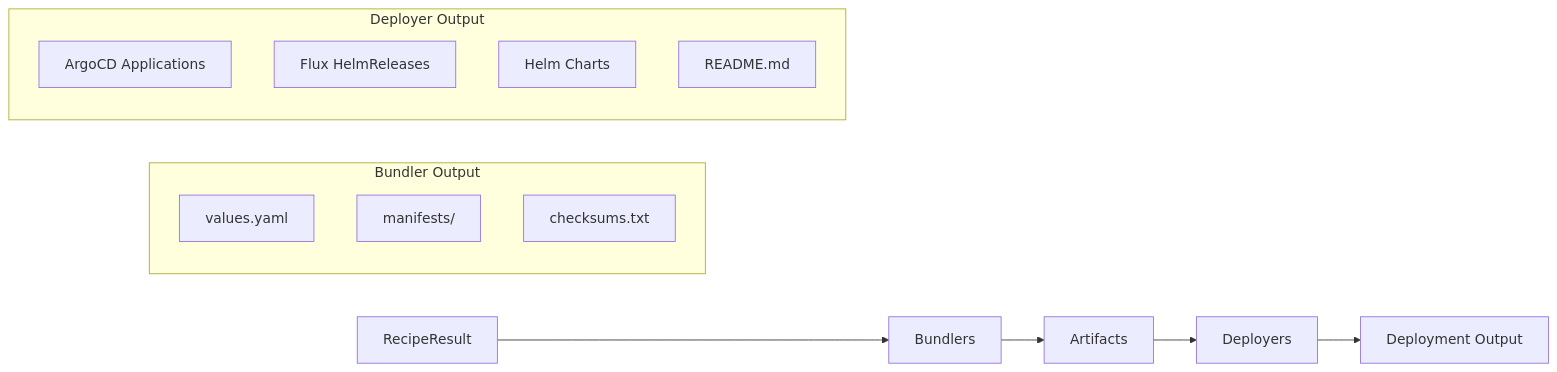
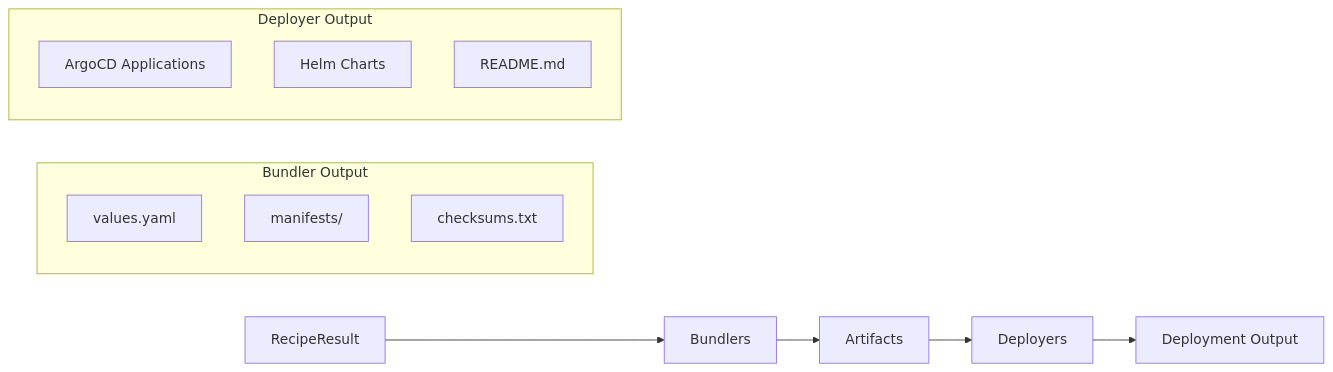
The diagram in docs/architecture/component.md (yuanchen8911/cloud-native-stack), drawn with Mermaid before and after one commit. The commit also changed other lines of this file and 2 other files, not shown here.

Commit message:
docs: Remove references to deprecated deployers
Remove all references to the deprecated "script" and "flux"
deployers from documentation. The cnsctl CLI now only supports:
- helm (default) - Generates Helm charts with values
- argocd - Generates ArgoCD Application manifests

Changes made:
- Updated CLI reference deployment methods table
- Removed flux deployer from architecture diagrams
- Updated data flow documentation
- Changed "script" references to "helm" throughout

These changes align documentation with the actual CLI
implementation which only supports helm and argocd deployers.

🤖 Generated with [Claude Code](https://claude.ai/code)

````diff
--- a/docs/architecture/component.md
+++ b/docs/architecture/component.md
@@ -261,20 +261,19 @@
 ```mermaid
 flowchart LR
     R[RecipeResult] --> B[Bundlers]
     B --> A[Artifacts]
     A --> D[Deployers]
     D --> O[Deployment Output]
 
     subgraph "Bundler Output"
         A1[values.yaml]
         A2[manifests/]
         A3[checksums.txt]
     end
 
     subgraph "Deployer Output"
         O1[ArgoCD Applications]
-        O2[Flux HelmReleases]
-        O3[Helm Charts]
-        O4[README.md]
+        O2[Helm Charts]
+        O3[README.md]
     end
 ```
````
